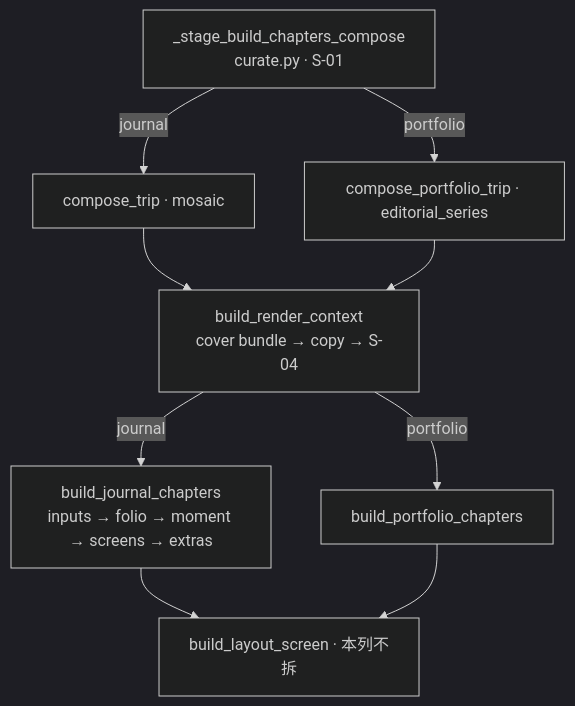
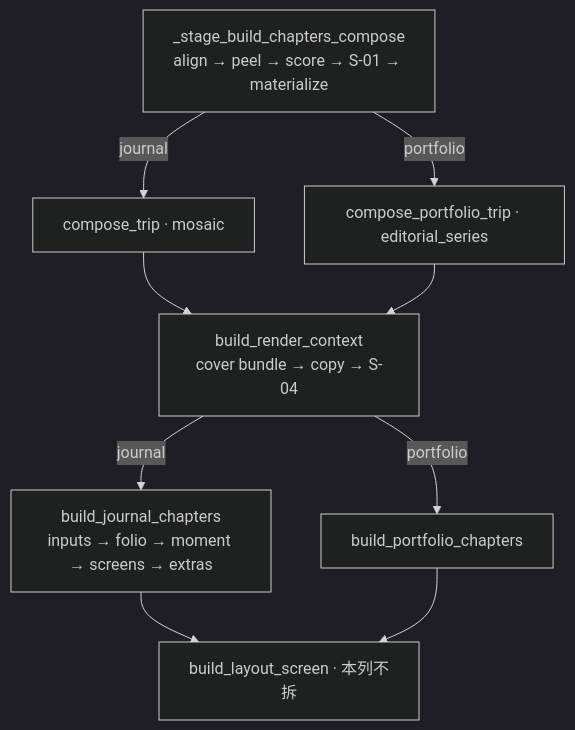
One commit to warclover/travelogue changed the diagram in docs/readable-core-line.md. Above: the diagram before and after it, drawn with Mermaid (dark theme). The commit also changed other lines of this file and 8 other files, not shown here.

First line of the commit message:
test(rcl): extract _stage_build_chapters_compose stages (RCL W1)

````diff
--- a/docs/readable-core-line.md
+++ b/docs/readable-core-line.md
@@ -28,19 +28,19 @@
 ```mermaid
 flowchart TD
-  curate["_stage_build_chapters_compose<br/>curate.py · S-01"]
+  curate["_stage_build_chapters_compose<br/>align → peel → score → S-01 → materialize"]
   composeJ["compose_trip · mosaic"]
   composeP["compose_portfolio_trip · editorial_series"]
   assemble["build_render_context<br/>cover bundle → copy → S-04"]
   jc["build_journal_chapters<br/>inputs → folio → moment → screens → extras"]
   pc["build_portfolio_chapters"]
   ctx["build_layout_screen · 本列不拆"]
 
   curate -->|journal| composeJ
   curate -->|portfolio| composeP
   composeJ --> assemble
   composeP --> assemble
   assemble -->|journal| jc
   assemble -->|portfolio| pc
   jc --> ctx
   pc --> ctx
 ```
````
